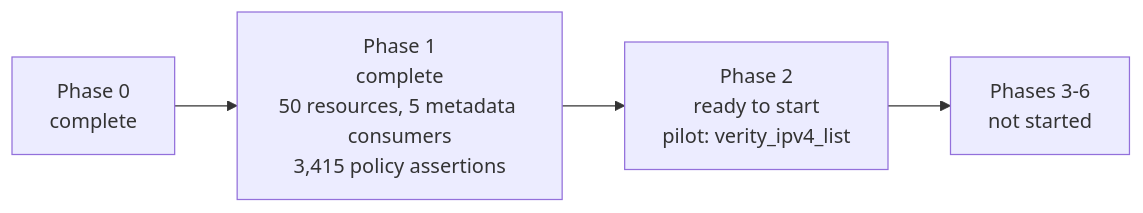
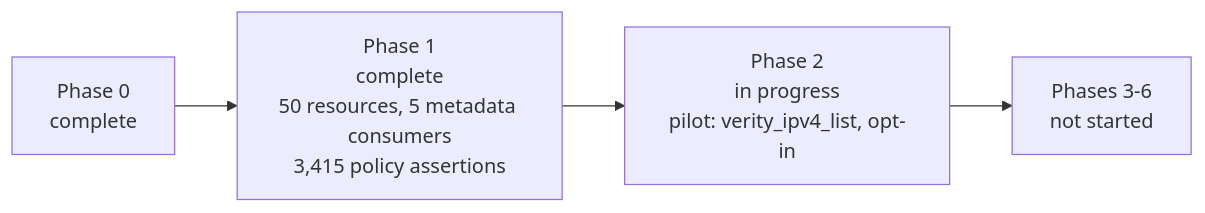
The diagram in status.md (BE-Network/terraform-provider-verity), drawn with Mermaid before and after one commit. The commit also changed other lines of this file and 7 other files, not shown here.

Commit message:
refactor: serve verity_ipv4_list generically behind a switch

````diff
--- a/status.md
+++ b/status.md
@@ -66,6 +67,6 @@
 ```mermaid
 flowchart LR
     P0[Phase 0<br/>complete] --> P1[Phase 1<br/>complete<br/>50 resources, 5 metadata consumers<br/>3,415 policy assertions]
-    P1 --> P2[Phase 2<br/>ready to start<br/>pilot: verity_ipv4_list]
+    P1 --> P2[Phase 2<br/>in progress<br/>pilot: verity_ipv4_list, opt-in]
     P2 --> P3[Phases 3-6<br/>not started]
 ```
````
